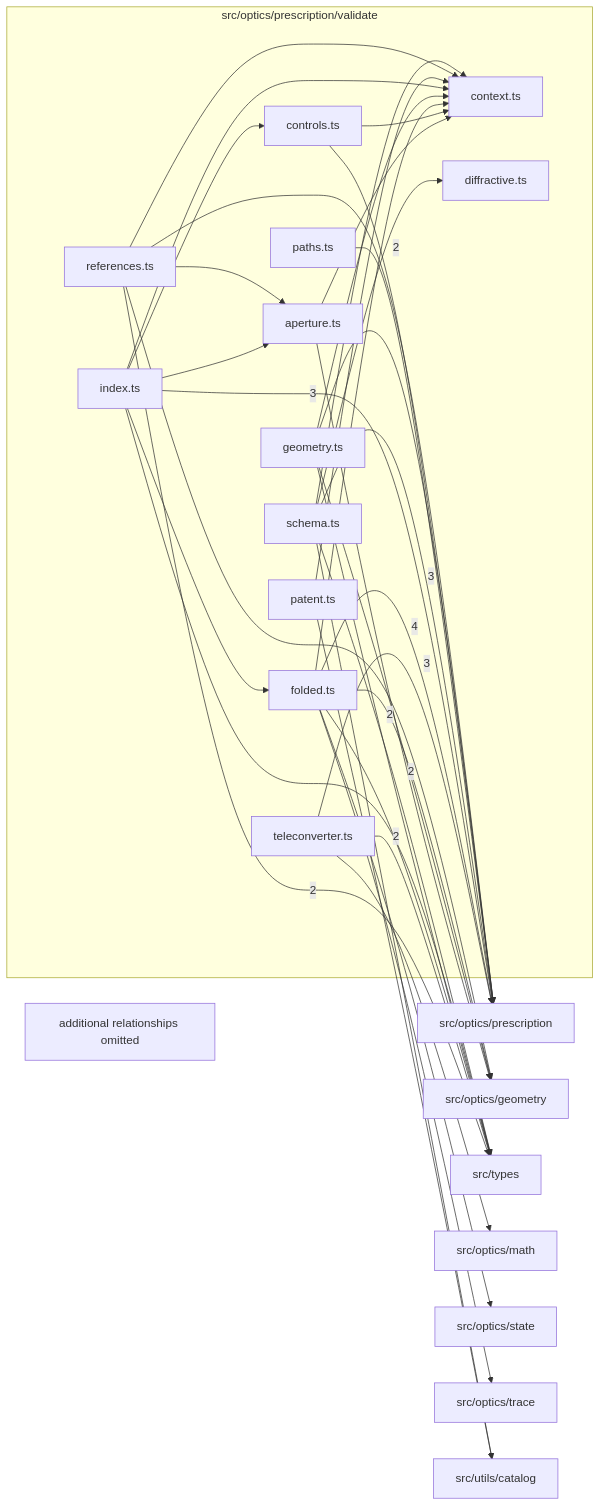
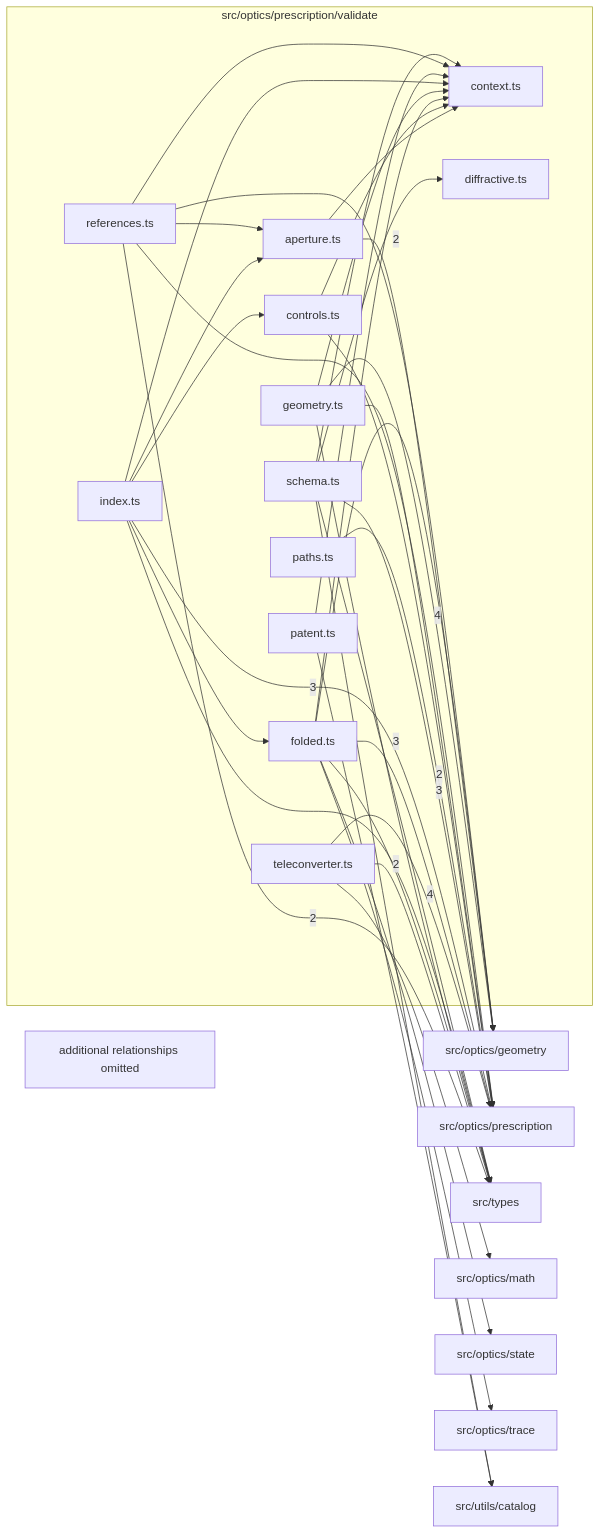
One commit to ronbuening/LensVisualizer changed the diagram in src/optics/prescription/validate/readme.md. Above: the diagram before and after it, drawn with Mermaid. The commit also changed other lines of this file and 13 other files, not shown here.

````diff
--- a/src/optics/prescription/validate/readme.md
+++ b/src/optics/prescription/validate/readme.md
@@ -9,61 +9,61 @@
 ```mermaid
 flowchart LR
   subgraph n_src_optics_prescription_validate["src/optics/prescription/validate"]
     n_src_optics_prescription_validate_src_optics_prescription_validate_aperture_ts["aperture.ts"]
     n_src_optics_prescription_validate_src_optics_prescription_validate_context_ts["context.ts"]
     n_src_optics_prescription_validate_src_optics_prescription_validate_controls_ts["controls.ts"]
     n_src_optics_prescription_validate_src_optics_prescription_validate_diffractive_ts["diffractive.ts"]
     n_src_optics_prescription_validate_src_optics_prescription_validate_folded_ts["folded.ts"]
     n_src_optics_prescription_validate_src_optics_prescription_validate_geometry_ts["geometry.ts"]
     n_src_optics_prescription_validate_src_optics_prescription_validate_index_ts["index.ts"]
     n_src_optics_prescription_validate_src_optics_prescription_validate_patent_ts["patent.ts"]
     n_src_optics_prescription_validate_src_optics_prescription_validate_paths_ts["paths.ts"]
     n_src_optics_prescription_validate_src_optics_prescription_validate_references_ts["references.ts"]
     n_src_optics_prescription_validate_src_optics_prescription_validate_schema_ts["schema.ts"]
     n_src_optics_prescription_validate_src_optics_prescription_validate_teleconverter_ts["teleconverter.ts"]
   end
+  n_external_src_optics_geometry["src/optics/geometry"]
   n_external_src_optics_prescription["src/optics/prescription"]
-  n_external_src_optics_geometry["src/optics/geometry"]
   n_external_src_types["src/types"]
   n_external_src_optics_math["src/optics/math"]
   n_external_src_optics_state["src/optics/state"]
   n_external_src_optics_trace["src/optics/trace"]
   n_external_src_utils_catalog["src/utils/catalog"]
+  n_src_optics_prescription_validate_src_optics_prescription_validate_geometry_ts --> |4| n_external_src_optics_geometry
   n_src_optics_prescription_validate_src_optics_prescription_validate_teleconverter_ts --> |4| n_external_src_optics_prescription
   n_src_optics_prescription_validate_src_optics_prescription_validate_folded_ts --> |3| n_external_src_optics_prescription
   n_src_optics_prescription_validate_src_optics_prescription_validate_index_ts --> |3| n_external_src_optics_prescription
   n_src_optics_prescription_validate_src_optics_prescription_validate_schema_ts --> |3| n_external_src_optics_prescription
   n_src_optics_prescription_validate_src_optics_prescription_validate_aperture_ts --> |2| n_external_src_optics_geometry
-  n_src_optics_prescription_validate_src_optics_prescription_validate_geometry_ts --> |2| n_external_src_optics_geometry
   n_src_optics_prescription_validate_src_optics_prescription_validate_paths_ts --> |2| n_external_src_optics_prescription
   n_src_optics_prescription_validate_src_optics_prescription_validate_references_ts --> |2| n_external_src_types
   n_src_optics_prescription_validate_src_optics_prescription_validate_teleconverter_ts --> |2| n_external_src_types
   n_src_optics_prescription_validate_src_optics_prescription_validate_folded_ts --> n_external_src_optics_geometry
   n_src_optics_prescription_validate_src_optics_prescription_validate_references_ts --> n_external_src_optics_geometry
   n_src_optics_prescription_validate_src_optics_prescription_validate_teleconverter_ts --> n_external_src_optics_math
   n_src_optics_prescription_validate_src_optics_prescription_validate_controls_ts --> n_external_src_optics_prescription
   n_src_optics_prescription_validate_src_optics_prescription_validate_geometry_ts --> n_external_src_optics_prescription
   n_src_optics_prescription_validate_src_optics_prescription_validate_references_ts --> n_external_src_optics_prescription
   n_src_optics_prescription_validate_src_optics_prescription_validate_folded_ts --> n_external_src_optics_state
   n_src_optics_prescription_validate_src_optics_prescription_validate_folded_ts --> n_external_src_optics_trace
   n_src_optics_prescription_validate_src_optics_prescription_validate_folded_ts --> n_external_src_types
   n_src_optics_prescription_validate_src_optics_prescription_validate_geometry_ts --> n_external_src_types
   n_src_optics_prescription_validate_src_optics_prescription_validate_index_ts --> n_external_src_types
   n_src_optics_prescription_validate_src_optics_prescription_validate_schema_ts --> n_external_src_types
   n_src_optics_prescription_validate_src_optics_prescription_validate_patent_ts --> n_external_src_utils_catalog
   n_src_optics_prescription_validate_src_optics_prescription_validate_schema_ts --> n_external_src_utils_catalog
   n_src_optics_prescription_validate_src_optics_prescription_validate_index_ts --> n_src_optics_prescription_validate_src_optics_prescription_validate_aperture_ts
   n_src_optics_prescription_validate_src_optics_prescription_validate_references_ts --> n_src_optics_prescription_validate_src_optics_prescription_validate_aperture_ts
   n_src_optics_prescription_validate_src_optics_prescription_validate_aperture_ts --> n_src_optics_prescription_validate_src_optics_prescription_validate_context_ts
   n_src_optics_prescription_validate_src_optics_prescription_validate_controls_ts --> n_src_optics_prescription_validate_src_optics_prescription_validate_context_ts
   n_src_optics_prescription_validate_src_optics_prescription_validate_folded_ts --> n_src_optics_prescription_validate_src_optics_prescription_validate_context_ts
   n_src_optics_prescription_validate_src_optics_prescription_validate_geometry_ts --> n_src_optics_prescription_validate_src_optics_prescription_validate_context_ts
   n_src_optics_prescription_validate_src_optics_prescription_validate_index_ts --> n_src_optics_prescription_validate_src_optics_prescription_validate_context_ts
   n_src_optics_prescription_validate_src_optics_prescription_validate_patent_ts --> n_src_optics_prescription_validate_src_optics_prescription_validate_context_ts
   n_src_optics_prescription_validate_src_optics_prescription_validate_references_ts --> n_src_optics_prescription_validate_src_optics_prescription_validate_context_ts
   n_src_optics_prescription_validate_src_optics_prescription_validate_schema_ts --> n_src_optics_prescription_validate_src_optics_prescription_validate_context_ts
   n_src_optics_prescription_validate_src_optics_prescription_validate_index_ts --> n_src_optics_prescription_validate_src_optics_prescription_validate_controls_ts
   n_src_optics_prescription_validate_src_optics_prescription_validate_schema_ts --> n_src_optics_prescription_validate_src_optics_prescription_validate_diffractive_ts
   n_src_optics_prescription_validate_src_optics_prescription_validate_index_ts --> n_src_optics_prescription_validate_src_optics_prescription_validate_folded_ts
   n_src_optics_prescription_validate_truncated["additional relationships omitted"]
 ```
````
